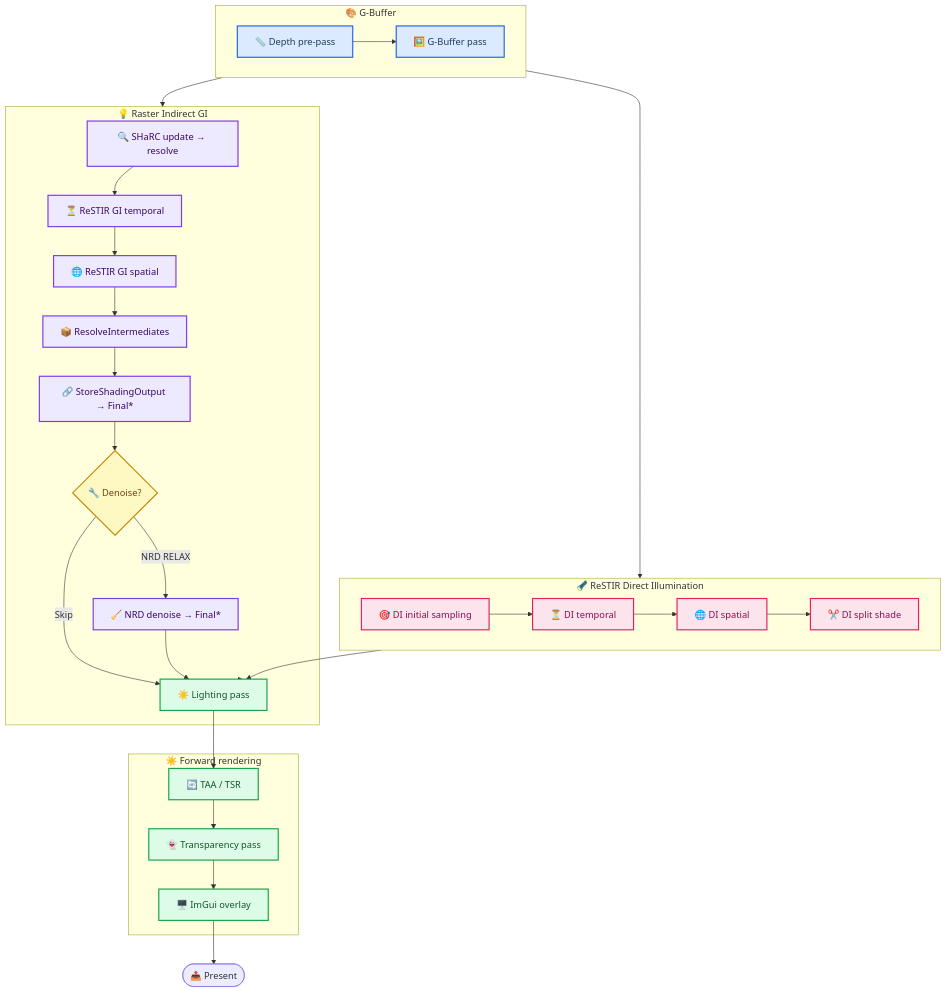
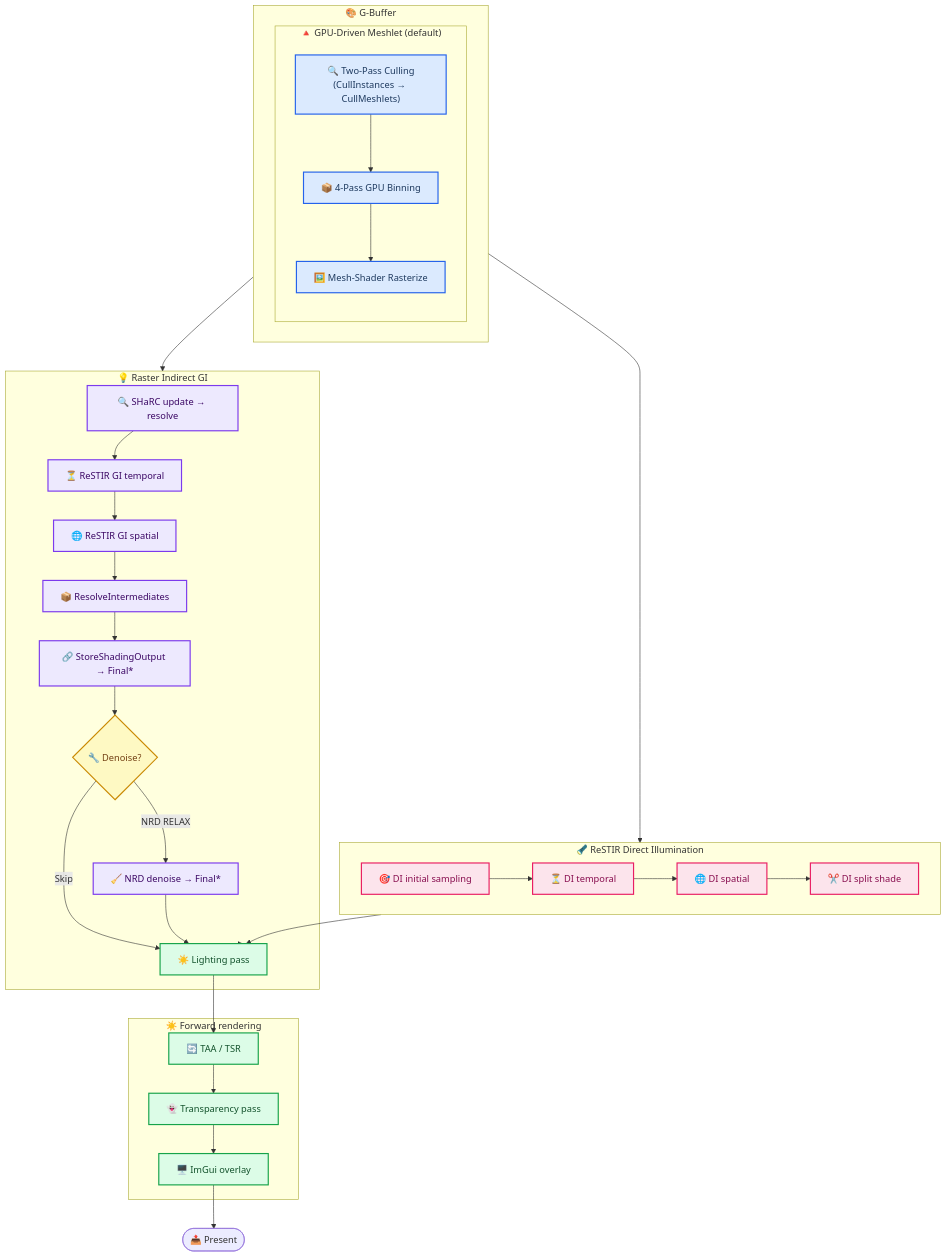
One commit to pemjahat/TortureRed changed the first of 2 diagrams in docs/RenderPipeline.md. Above: the diagram before and after it, drawn with Mermaid. The commit also changed other lines of this file and 3 other files, not shown here.

Commit message:
Conclude two pass culling + some fps limiter + option to test two pass culling

````diff
--- a/docs/RenderPipeline.md
+++ b/docs/RenderPipeline.md
@@ -72,54 +72,57 @@
 ```mermaid
 flowchart TB
     accTitle: Per-Frame Raster Rendering Pipeline
-    accDescr: High-level chain of rendering passes from G-Buffer through raster indirect GI, ReSTIR DI, lighting, TAA, transparency, and ImGui to final presentation
+    accDescr: Per-frame pipeline from GPU-driven meshlet G-Buffer (two-pass HZB occlusion culling, 4-pass binning, mesh-shader rasterize) through raster indirect GI, ReSTIR DI, lighting, TAA, transparency, and ImGui to final presentation
 
     subgraph gbuffer ["🎨 G-Buffer"]
-        depth_pre[📏 Depth pre-pass] --> gbuffer_pass[🖼️ G-Buffer pass]
+        subgraph meshlet ["🔺 GPU-Driven Meshlet (default)"]
+            two_pass_cull["🔍 Two-Pass Culling<br/>(CullInstances → CullMeshlets)"] --> meshlet_bin["📦 4-Pass GPU Binning"]
+            meshlet_bin --> meshlet_rast["🖼️ Mesh-Shader Rasterize"]
+        end
     end
 
     subgraph gi ["💡 Raster Indirect GI"]
         sharc[🔍 SHaRC update → resolve] --> restir_temp[⏳ ReSTIR GI temporal]
         restir_temp --> restir_spatial[🌐 ReSTIR GI spatial]
         restir_spatial --> resolve_gi[📦 ResolveIntermediates]
         resolve_gi --> sso[🔗 StoreShadingOutput → Final*]
         sso --> denoise{🔧 Denoise?}
         denoise -->|NRD RELAX| nrd[🧹 NRD denoise → Final*]
         denoise -->|Skip| lighting
         nrd --> lighting
     end
 
     subgraph di ["🔦 ReSTIR Direct Illumination"]
         di_init[🎯 DI initial sampling] --> di_temp[⏳ DI temporal]
         di_temp --> di_spatial[🌐 DI spatial]
         di_spatial --> di_split[✂️ DI split shade]
     end
 
     subgraph forward ["☀️ Forward rendering"]
         lighting[☀️ Lighting pass]
         taa[🔄 TAA / TSR]
         transparency[👻 Transparency pass]
         imgui[🖥️ ImGui overlay]
     end
 
     gbuffer --> gi
     gbuffer --> di
     gi --> lighting
     di --> lighting
     lighting --> taa
     taa --> transparency
     transparency --> imgui
     imgui --> present([📤 Present])
 
     classDef gbuffer_c fill:#dbeafe,stroke:#2563eb,stroke-width:2px,color:#1e3a5f
     classDef gi_c fill:#ede9fe,stroke:#7c3aed,stroke-width:2px,color:#3b0764
     classDef di_c fill:#fce4ec,stroke:#e91e63,stroke-width:2px,color:#880e4f
     classDef forward_c fill:#dcfce7,stroke:#16a34a,stroke-width:2px,color:#14532d
     classDef decision_c fill:#fef9c3,stroke:#ca8a04,stroke-width:2px,color:#713f12
 
-    class depth_pre,gbuffer_pass gbuffer_c
+    class two_pass_cull,meshlet_bin,meshlet_rast gbuffer_c
     class sharc,restir_temp,restir_spatial,resolve_gi,sso,nrd gi_c
     class di_init,di_temp,di_spatial,di_split di_c
     class lighting,taa,transparency,imgui forward_c
     class denoise decision_c
 ```
````
